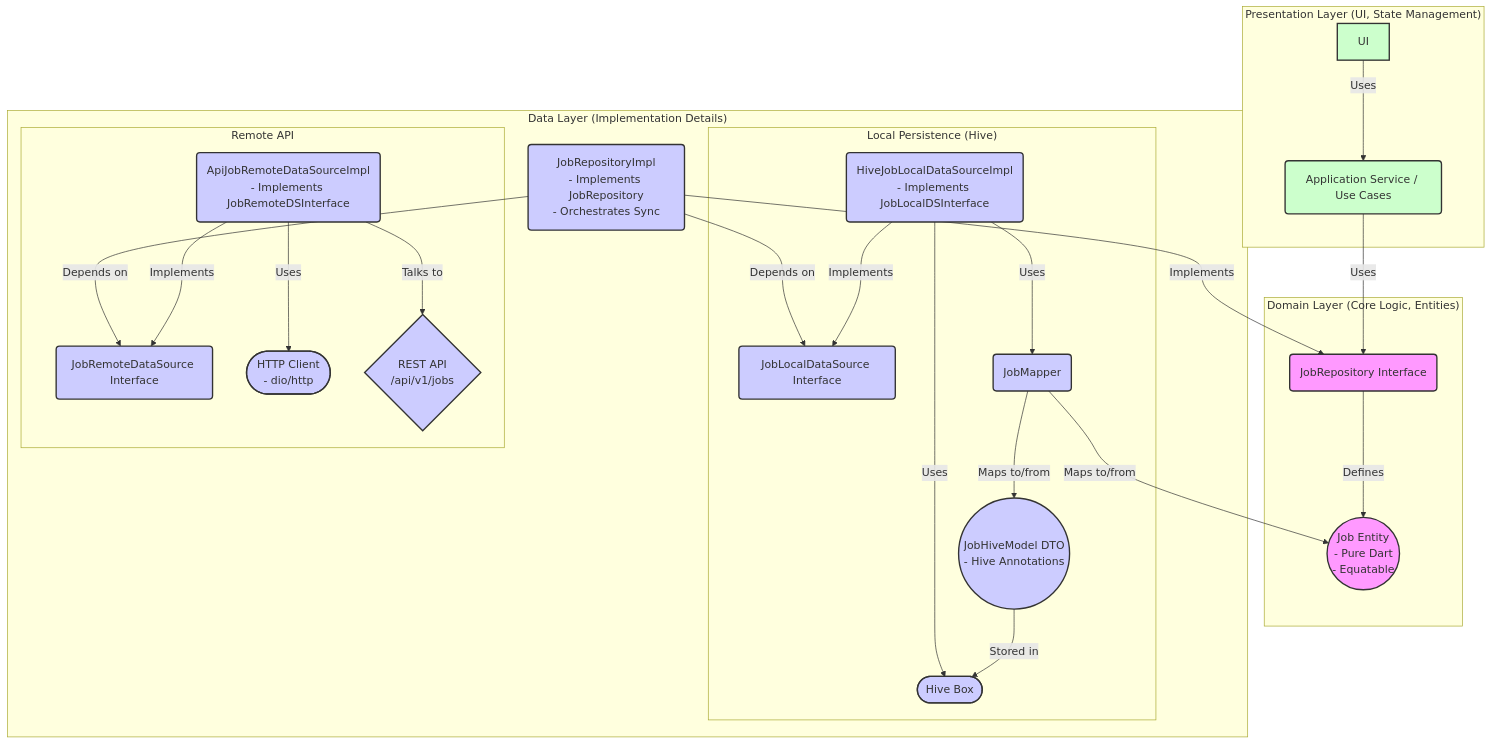
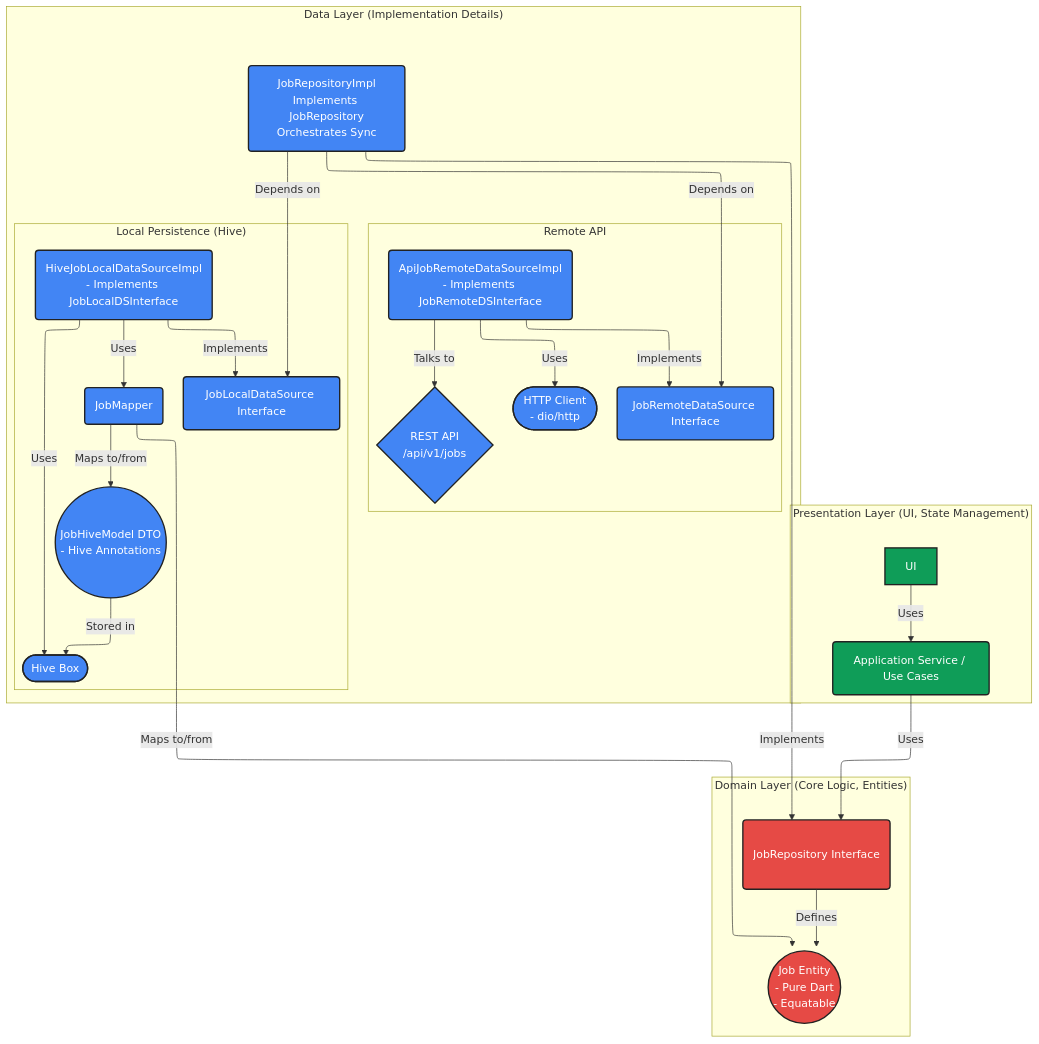
One commit to MediScribe/docjet-mobile changed the first of 3 diagrams in docs/fresh-start/architecture.md. Above: the diagram before and after it, drawn with Mermaid. The commit also changed other lines of this file, not shown here.

First line of the commit message:
improve diagram contrast with consistent color scheme

````diff
--- a/docs/fresh-start/architecture.md
+++ b/docs/fresh-start/architecture.md
@@ -3,44 +3,47 @@
 ```mermaid
+%%{init: {'flowchart': {'defaultRenderer': 'elk'}}}%%
 graph TD
     subgraph "Presentation Layer (UI, State Management)"
-        UI -->|Uses| AppService(Application Service / Use Cases)
+        UI --> |Uses| AppService(Application Service / Use Cases)
+        
     end
 
     subgraph "Domain Layer (Core Logic, Entities)"
         AppService -->|Uses| JobRepositoryInterface(JobRepository Interface)
-        JobEntity((Job Entity\n- Pure Dart\n- Equatable))
+        JobEntity((Job Entity<br>- Pure Dart<br>- Equatable))
         JobRepositoryInterface -- Defines --> JobEntity
     end
 
     subgraph "Data Layer (Implementation Details)"
-        JobRepositoryImpl(JobRepositoryImpl\n- Implements JobRepository\n- Orchestrates Sync) -->|Implements| JobRepositoryInterface
+        JobRepositoryImpl(JobRepositoryImpl<br>Implements JobRepository<br>Orchestrates Sync) -->|Implements| JobRepositoryInterface
         JobRepositoryImpl -->|Depends on| JobLocalDSInterface(JobLocalDataSource Interface)
         JobRepositoryImpl -->|Depends on| JobRemoteDSInterface(JobRemoteDataSource Interface)
 
         subgraph "Local Persistence (Hive)"
-            HiveJobLocalDS(HiveJobLocalDataSourceImpl\n- Implements JobLocalDSInterface) -->|Implements| JobLocalDSInterface
+            HiveJobLocalDS(HiveJobLocalDataSourceImpl<br>- Implements JobLocalDSInterface) -->|Implements| JobLocalDSInterface
             HiveJobLocalDS -->|Uses| JobMapper(JobMapper)
             HiveJobLocalDS -->|Uses| HiveBox([Hive Box])
-            JobMapper -->|Maps to/from| JobHiveModel((JobHiveModel DTO\n- Hive Annotations))
+            JobMapper -->|Maps to/from| JobHiveModel((JobHiveModel DTO<br>- Hive Annotations))
             JobMapper -->|Maps to/from| JobEntity
             JobHiveModel -- Stored in --> HiveBox
         end
 
         subgraph "Remote API"
-            ApiJobRemoteDS(ApiJobRemoteDataSourceImpl\n- Implements JobRemoteDSInterface) -->|Implements| JobRemoteDSInterface
-            ApiJobRemoteDS -->|Uses| HttpClient([HTTP Client\n- dio/http])
-            ApiJobRemoteDS -->|Talks to| RestAPI{REST API\n/api/v1/jobs}
+            ApiJobRemoteDS(ApiJobRemoteDataSourceImpl<br>- Implements JobRemoteDSInterface) -->|Implements| JobRemoteDSInterface
+            ApiJobRemoteDS -->|Uses| HttpClient([HTTP Client<br>- dio/http])
+            ApiJobRemoteDS -->|Talks to| RestAPI{REST API<br>/api/v1/jobs}
             %% ApiJobRemoteDS -->|Maps JSON to/from| JobEntity %% Potentially needs ApiDTO later
         end
     end
 
-    %% Styling for clarity
-    classDef domain fill:#f9f,stroke:#333,stroke-width:2px;
-    classDef data fill:#ccf,stroke:#333,stroke-width:2px;
-    classDef presentation fill:#cfc,stroke:#333,stroke-width:2px;
+    %% Styling for clarity with improved contrast
+    classDef invisible fill:none,stroke:none;
+    classDef domain fill:#E64A45,stroke:#222,stroke-width:2px,color:#fff,padding:15px;
+    classDef data fill:#4285F4,stroke:#222,stroke-width:2px,color:#fff;
+    classDef presentation fill:#0F9D58,stroke:#222,stroke-width:2px,color:#fff;
 
     class JobEntity,JobRepositoryInterface domain;
     class JobRepositoryImpl,JobLocalDSInterface,JobRemoteDSInterface,HiveJobLocalDS,ApiJobRemoteDS,JobMapper,JobHiveModel,HiveBox,HttpClient,RestAPI data;
     class UI,AppService presentation;
 
 ```
````
